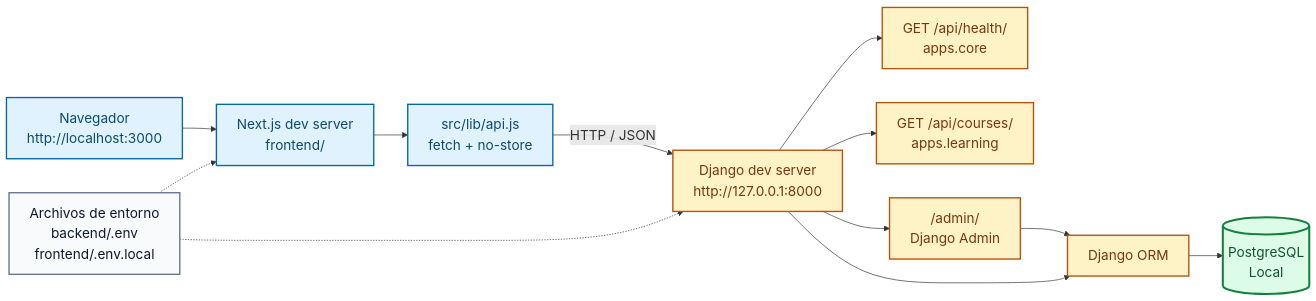
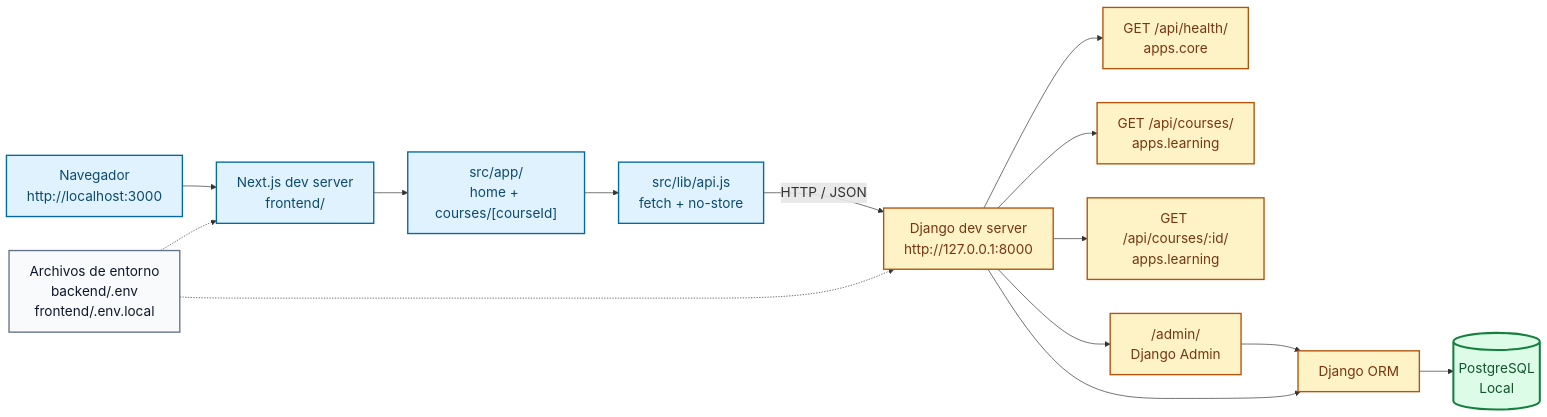
One commit to fcamusr/portafolio-e-learning-teologia changed the fourth of 5 diagrams in docs/architecture/DIAGRAMS.md. Above: the diagram before and after it, drawn with Mermaid. The commit also changed other lines of this file and 19 other files, not shown here.

````diff
--- a/docs/architecture/DIAGRAMS.md
+++ b/docs/architecture/DIAGRAMS.md
@@ -113,36 +113,40 @@
 ```mermaid
 %%{init: {"themeVariables": {"fontSize": "20px", "fontFamily": "Arial"}}}%%
 flowchart LR
   Browser["Navegador<br/>http://localhost:3000"]
   Next["Next.js dev server<br/>frontend/"]
+  AppRoutes["src/app/<br/>home + courses/[courseId]"]
   ApiClient["src/lib/api.js<br/>fetch + no-store"]
   Django["Django dev server<br/>http://127.0.0.1:8000"]
   Health["GET /api/health/<br/>apps.core"]
   Courses["GET /api/courses/<br/>apps.learning"]
+  CourseDetail["GET /api/courses/:id/<br/>apps.learning"]
   Admin["/admin/<br/>Django Admin"]
   ORM["Django ORM"]
   DB[("PostgreSQL<br/>Local")]
   Env["Archivos de entorno<br/>backend/.env<br/>frontend/.env.local"]
 
   Browser --> Next
-  Next --> ApiClient
+  Next --> AppRoutes
+  AppRoutes --> ApiClient
   ApiClient -->|"HTTP / JSON"| Django
   Django --> Health
   Django --> Courses
+  Django --> CourseDetail
   Django --> Admin
   Admin --> ORM
   Django --> ORM
   ORM --> DB
   Env -.-> Next
   Env -.-> Django
 
   classDef client fill:#e0f2fe,stroke:#0369a1,color:#0c4a6e,font-size:20px,stroke-width:2px
   classDef server fill:#fef3c7,stroke:#b45309,color:#78350f,font-size:20px,stroke-width:2px
   classDef data fill:#dcfce7,stroke:#15803d,color:#14532d,font-size:20px,stroke-width:3px
   classDef env fill:#f8fafc,stroke:#64748b,color:#0f172a,font-size:20px,stroke-width:2px
 
-  class Browser,Next,ApiClient client
-  class Django,Health,Courses,Admin,ORM server
+  class Browser,Next,AppRoutes,ApiClient client
+  class Django,Health,Courses,CourseDetail,Admin,ORM server
   class DB data
   class Env env
 ```
````
